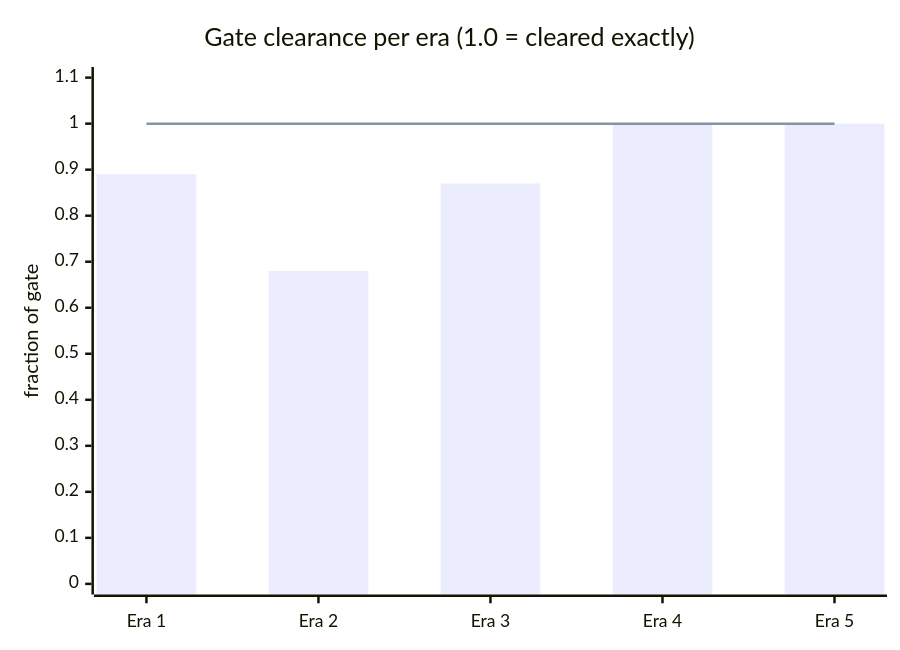
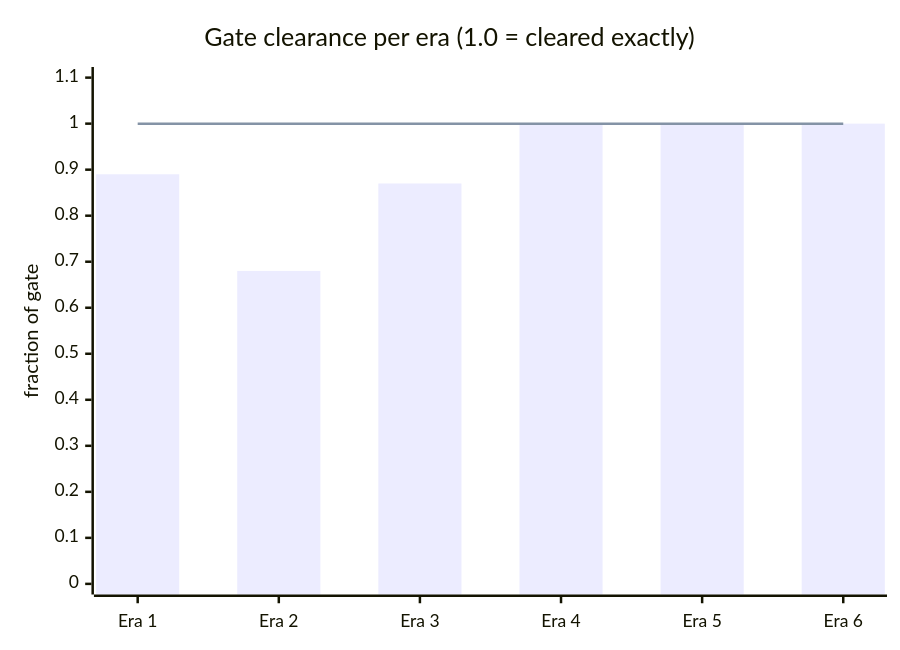
The second of 6 diagrams in docs/research/README.md (get-tmonier/argot), drawn with Mermaid before and after one commit. The commit also changed other lines of this file and 18 other files, not shown here.

````diff
--- a/docs/research/README.md
+++ b/docs/research/README.md
@@ -56,8 +63,8 @@
 ```mermaid
 xychart-beta
     title "Gate clearance per era (1.0 = cleared exactly)"
-    x-axis ["Era 1", "Era 2", "Era 3", "Era 4", "Era 5"]
+    x-axis ["Era 1", "Era 2", "Era 3", "Era 4", "Era 5", "Era 6"]
     y-axis "fraction of gate" 0 --> 1.1
-    bar [0.89, 0.68, 0.87, 1.00, 1.00]
-    line [1.0, 1.0, 1.0, 1.0, 1.0]
+    bar [0.89, 0.68, 0.87, 1.00, 1.00, 1.00]
+    line [1.0, 1.0, 1.0, 1.0, 1.0, 1.0]
 ```
````
